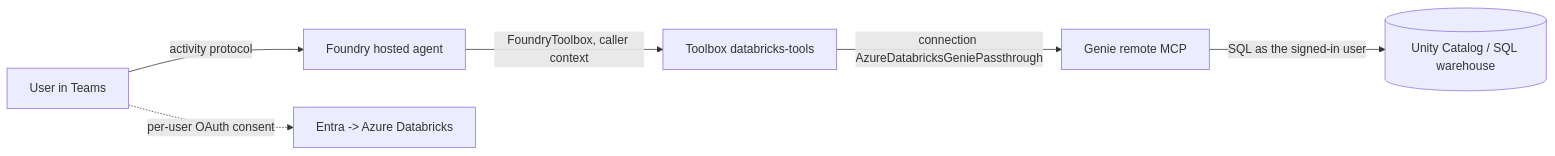
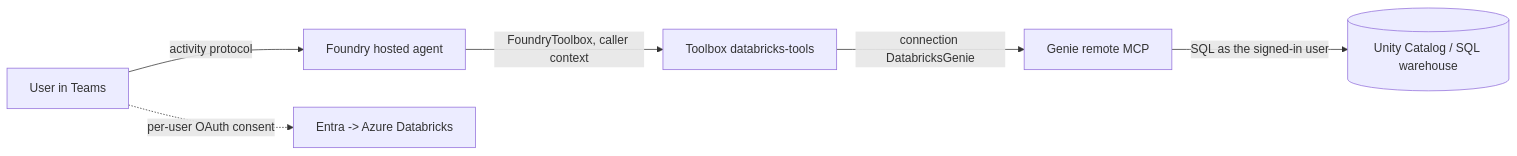
The diagram in foundryagents/hostedagent/databricks-agent/README.md (Heenanl/Foundry_EnterpriseAgents), drawn with Mermaid before and after one commit. The commit also changed other lines of this file and 3 other files, not shown here.

````diff
--- a/foundryagents/hostedagent/databricks-agent/README.md
+++ b/foundryagents/hostedagent/databricks-agent/README.md
@@ -13,8 +13,8 @@
 ```mermaid
 flowchart LR
     U[User in Teams] -->|activity protocol| F[Foundry hosted agent]
     F -->|FoundryToolbox, caller context| T[Toolbox databricks-tools]
-    T -->|connection AzureDatabricksGeniePassthrough| G[Genie remote MCP]
+    T -->|connection DatabricksGenie| G[Genie remote MCP]
     G -->|SQL as the signed-in user| W[(Unity Catalog / SQL warehouse)]
     U -.->|per-user OAuth consent| E[Entra -> Azure Databricks]
 ```
````
